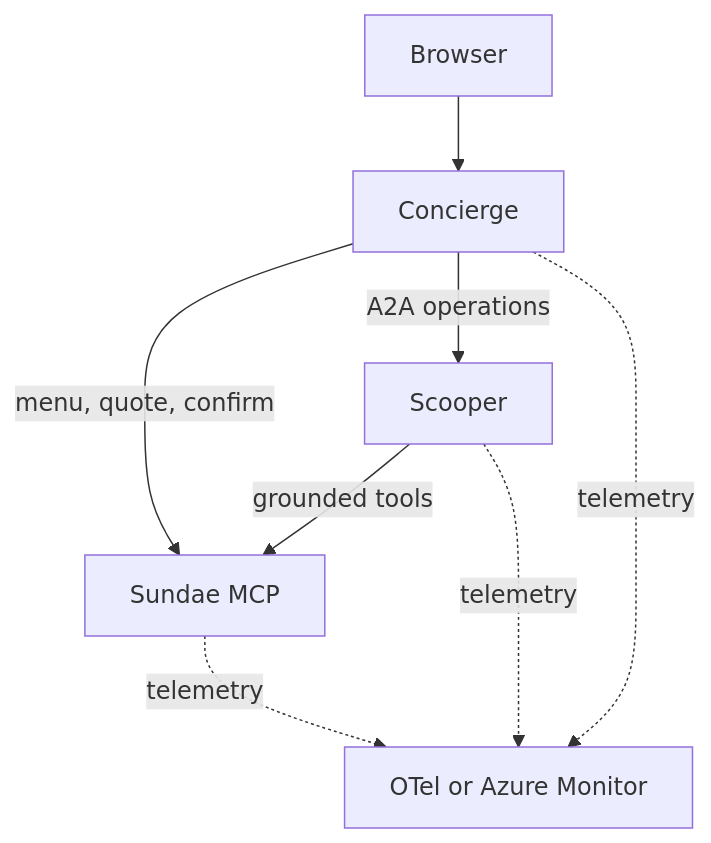
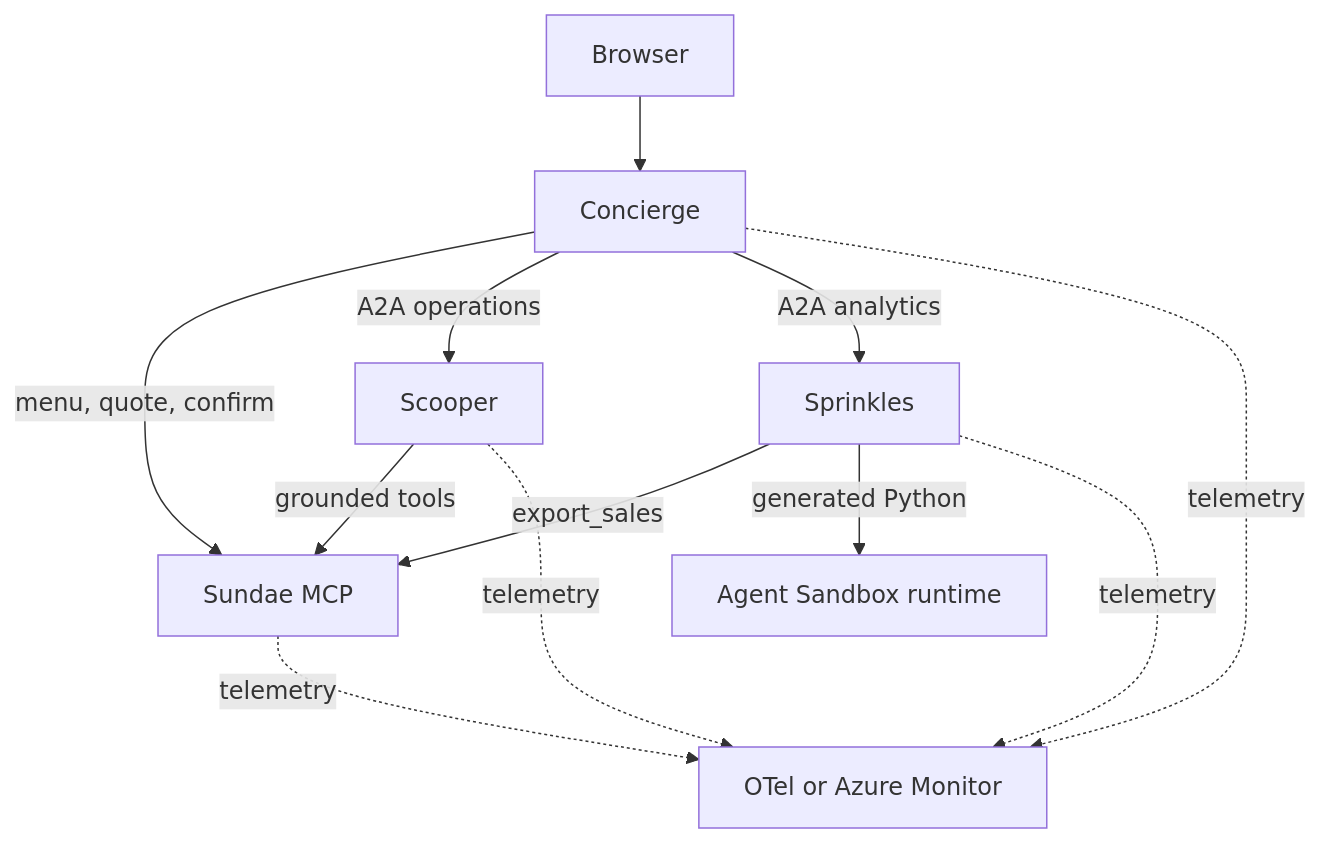
The diagram in README.md (pauldotyu/sundae-funday), drawn with Mermaid before and after one commit. The commit also changed other lines of this file and 22 other files, not shown here.

````diff
--- a/README.md
+++ b/README.md
@@ -7,10 +7,14 @@
 ```mermaid
 flowchart TD
     Browser --> Concierge
     Concierge -->|menu, quote, confirm| MCP[Sundae MCP]
     Concierge -->|A2A operations| Ops[Scooper]
     Ops -->|grounded tools| MCP
+    Concierge -->|A2A analytics| Analyst[Sprinkles]
+    Analyst -->|export_sales| MCP
+    Analyst -->|generated Python| Sandbox[Agent Sandbox runtime]
     Concierge -. telemetry .-> Observe[OTel or Azure Monitor]
     Ops -. telemetry .-> Observe
+    Analyst -. telemetry .-> Observe
     MCP -. telemetry .-> Observe
 ```
````
